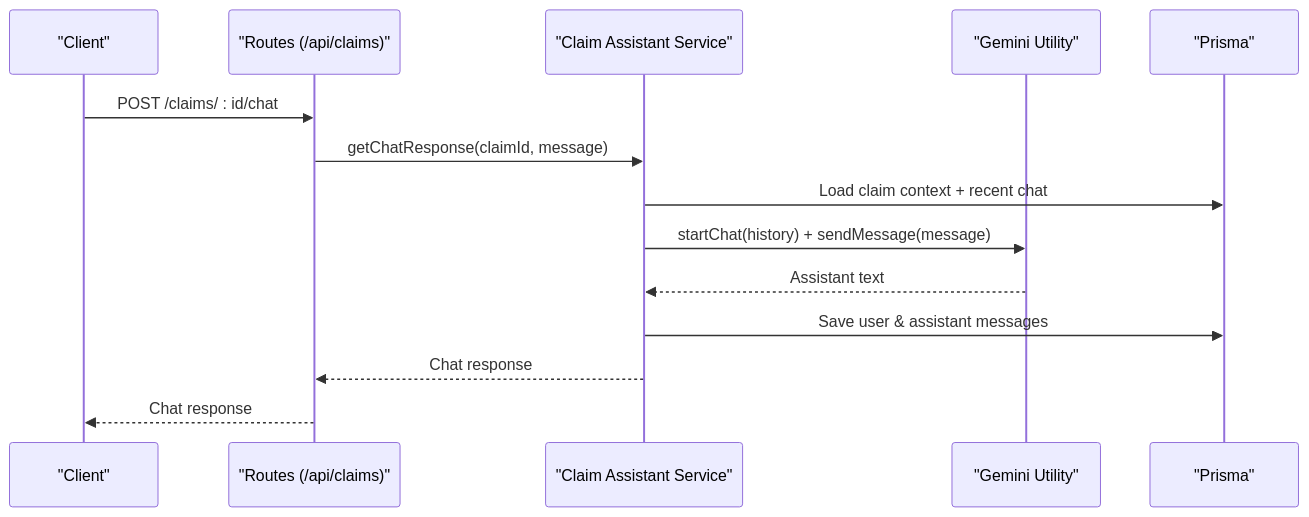
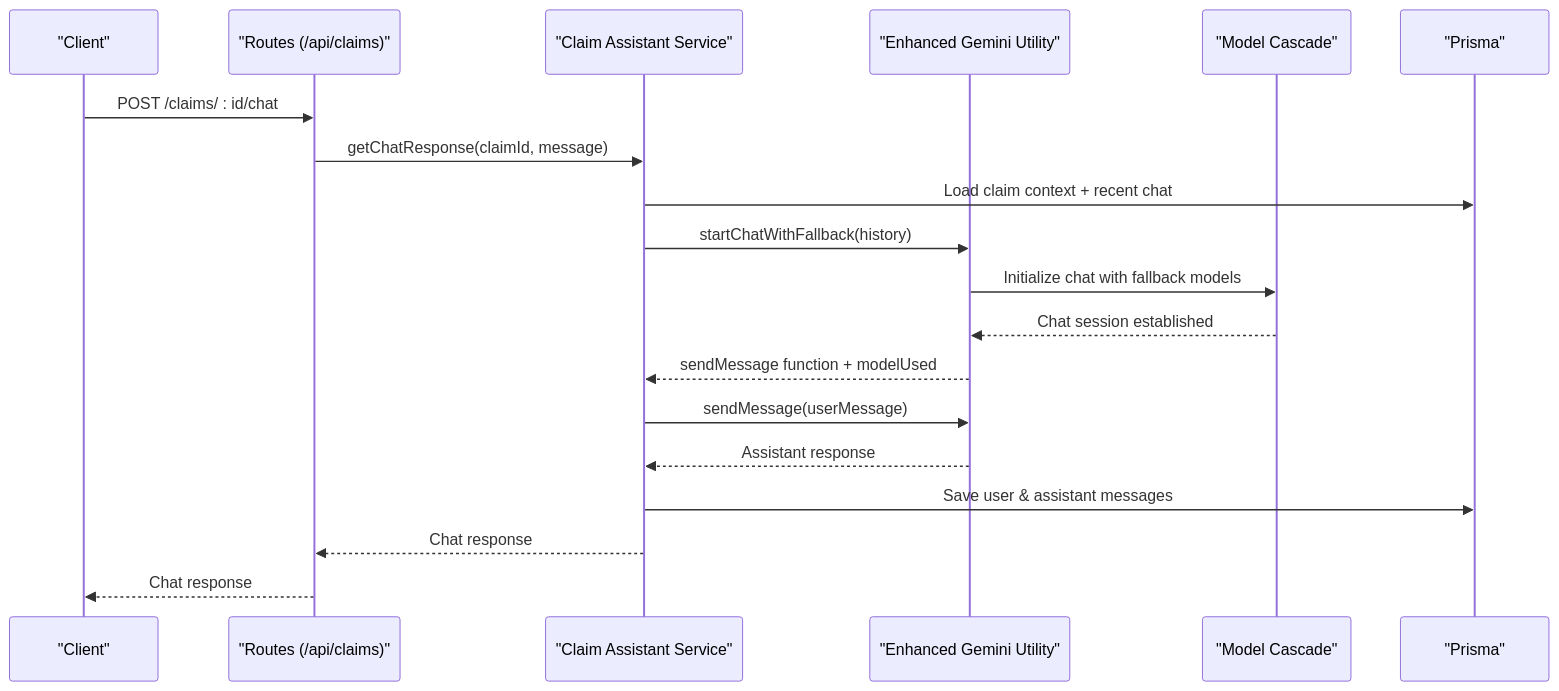
The fourth of 9 diagrams in .qoder/repowiki/en/content/AI Services Integration/AI Services Integration.md (NaveenHiranya/Smart-Vehicle-Insurance-Claim-System), drawn with Mermaid before and after one commit. The commit also changed other lines of this file and 41 other files, not shown here.

````diff
--- a/.qoder/repowiki/en/content/AI Services Integration/AI Services Integration.md
+++ b/.qoder/repowiki/en/content/AI Services Integration/AI Services Integration.md
@@ -155,16 +149,21 @@
 ```mermaid
 sequenceDiagram
 participant C as "Client"
 participant R as "Routes (/api/claims)"
 participant A as "Claim Assistant Service"
-participant G as "Gemini Utility"
+participant G as "Enhanced Gemini Utility"
+participant MC as "Model Cascade"
 participant P as "Prisma"
 C->>R : POST /claims/ : id/chat
 R->>A : getChatResponse(claimId, message)
 A->>P : Load claim context + recent chat
-A->>G : startChat(history) + sendMessage(message)
-G-->>A : Assistant text
+A->>G : startChatWithFallback(history)
+G->>MC : Initialize chat with fallback models
+MC-->>G : Chat session established
+G-->>A : sendMessage function + modelUsed
+A->>G : sendMessage(userMessage)
+G-->>A : Assistant response
 A->>P : Save user & assistant messages
 A-->>R : Chat response
 R-->>C : Chat response
 ```
````
